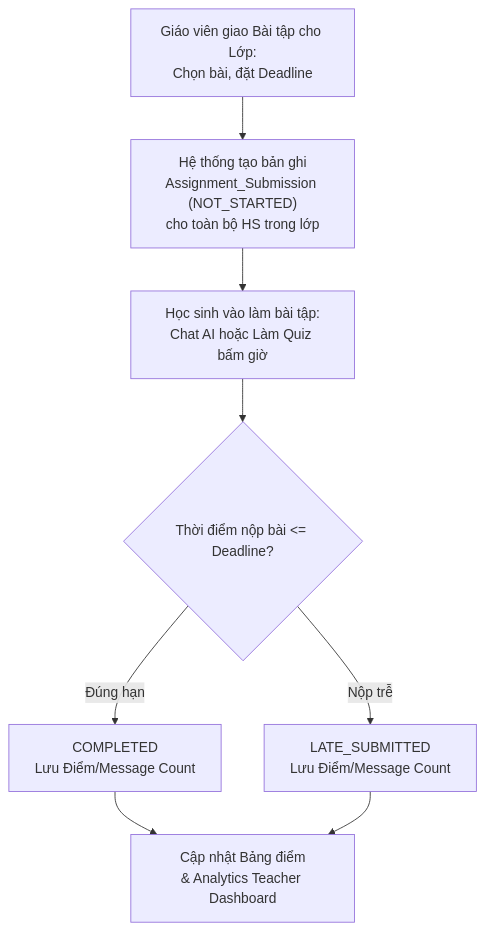
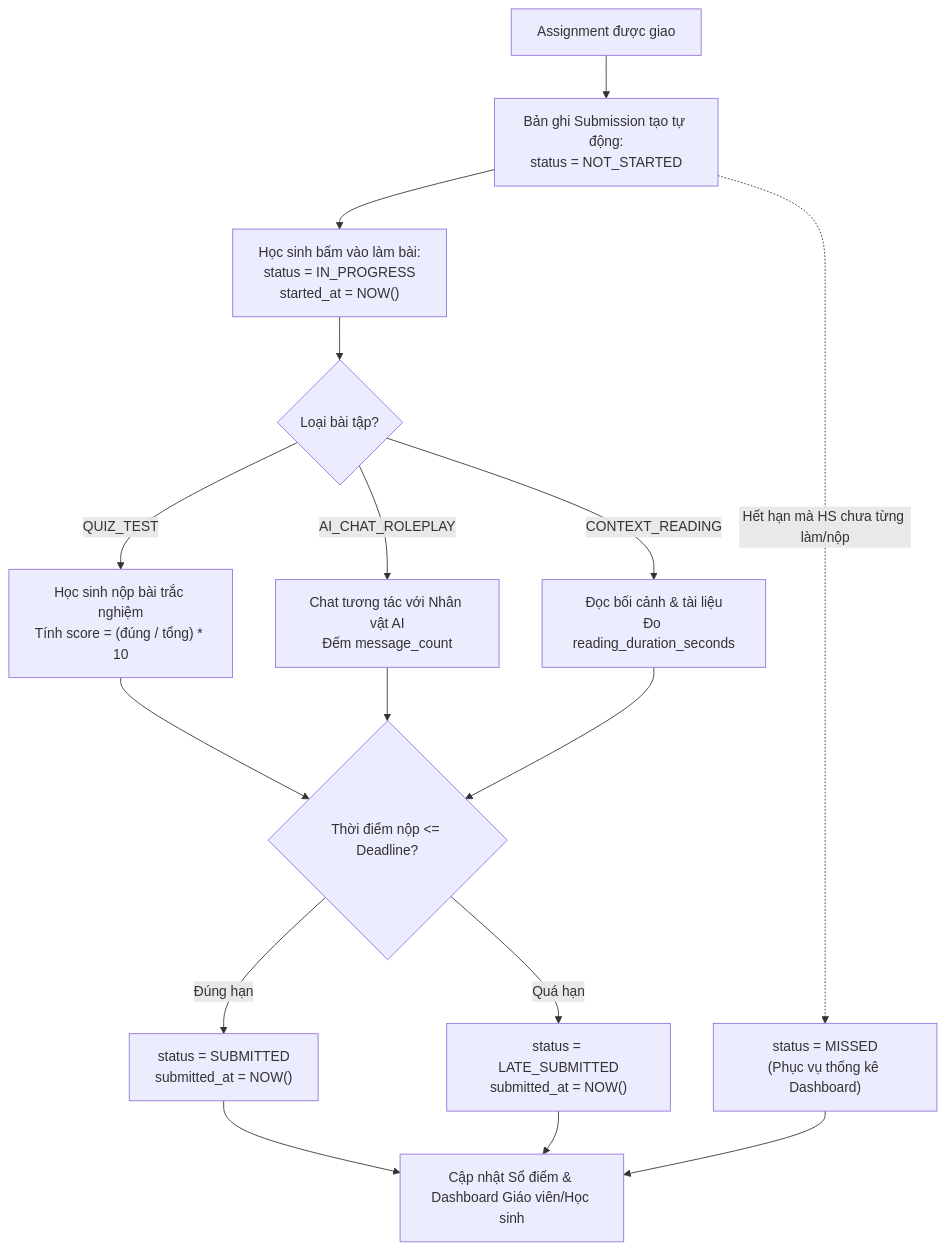
One commit to DinhTQSE/Capstone_FinalProject_HistoryTalk changed the fifth of 6 diagrams in docs/sprints/sprint_6/business_flows/assignment_analytics_flow.md. Above: the diagram before and after it, drawn with Mermaid. The commit also changed other lines of this file and 1 other file, not shown here.

Commit message:
docs(sprint-6): update assignment user stories and business flow with submission lifecycle and edge cases

````diff
--- a/docs/sprints/sprint_6/business_flows/assignment_analytics_flow.md
+++ b/docs/sprints/sprint_6/business_flows/assignment_analytics_flow.md
@@ -81,10 +107,24 @@
 ```mermaid
 flowchart TD
-    A["Giáo viên giao Bài tập cho Lớp:\nChọn bài, đặt Deadline"] --> B["Hệ thống tạo bản ghi\nAssignment_Submission (NOT_STARTED)\ncho toàn bộ HS trong lớp"]
-    B --> C["Học sinh vào làm bài tập:\nChat AI hoặc Làm Quiz bấm giờ"]
-    C --> D{Thời điểm nộp bài <= Deadline?}
-    D -- "Đúng hạn" --> E["COMPLETED\nLưu Điểm/Message Count"]
-    D -- "Nộp trễ" --> F["LATE_SUBMITTED\nLưu Điểm/Message Count"]
-    E --> G["Cập nhật Bảng điểm\n& Analytics Teacher Dashboard"]
-    F --> G
+    A["Assignment được giao"] --> B["Bản ghi Submission tạo tự động:\nstatus = NOT_STARTED"]
+    
+    B --> C["Học sinh bấm vào làm bài:\nstatus = IN_PROGRESS\nstarted_at = NOW()"]
+    
+    C --> D{Loại bài tập?}
+    D -- "QUIZ_TEST" --> E["Học sinh nộp bài trắc nghiệm\nTính score = (đúng / tổng) * 10"]
+    D -- "AI_CHAT_ROLEPLAY" --> F["Chat tương tác với Nhân vật AI\nĐếm message_count"]
+    D -- "CONTEXT_READING" --> G["Đọc bối cảnh & tài liệu\nĐo reading_duration_seconds"]
+
+    E --> H{Thời điểm nộp <= Deadline?}
+    F --> H
+    G --> H
+
+    H -- "Đúng hạn" --> I["status = SUBMITTED\nsubmitted_at = NOW()"]
+    H -- "Quá hạn" --> J["status = LATE_SUBMITTED\nsubmitted_at = NOW()"]
+
+    B -. "Hết hạn mà HS chưa từng làm/nộp" .-> K["status = MISSED\n(Phục vụ thống kê Dashboard)"]
+    
+    I --> L["Cập nhật Sổ điểm & Dashboard Giáo viên/Học sinh"]
+    J --> L
+    K --> L
 ```
````
